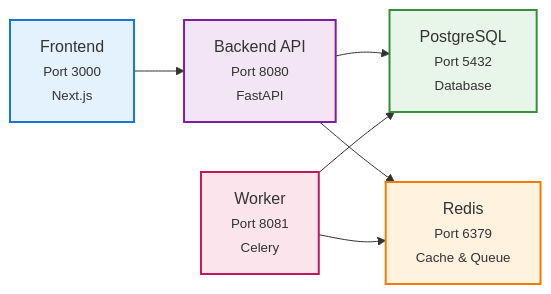
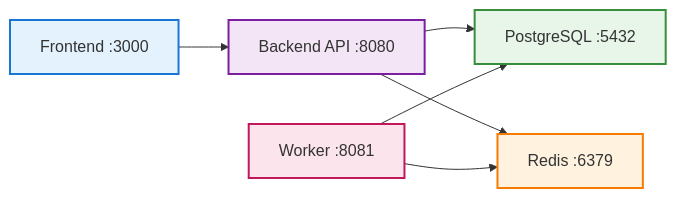
One commit to rhesis-ai/rhesis changed the diagram in docs/content/guides/quick-start-guide.mdx. Above: the diagram before and after it, drawn with Mermaid. The commit also changed other lines of this file and 3 other files, not shown here.

````diff
--- a/docs/content/guides/quick-start-guide.mdx
+++ b/docs/content/guides/quick-start-guide.mdx
@@ -207,20 +195,20 @@
 ```mermaid
 graph LR
-    Frontend["Frontend<br/><small>Port 3000<br/>Next.js</small>"]
-    Backend["Backend API<br/><small>Port 8080<br/>FastAPI</small>"]
-    Worker["Worker<br/><small>Port 8081<br/>Celery</small>"]
-    PostgreSQL["PostgreSQL<br/><small>Port 5432<br/>Database</small>"]
-    Redis["Redis<br/><small>Port 6379<br/>Cache & Queue</small>"]
+    Frontend[Frontend :3000]
+    Backend[Backend API :8080]
+    Worker[Worker :8081]
+    PostgreSQL[PostgreSQL :5432]
+    Redis[Redis :6379]
 
     Frontend --> Backend
     Backend --> PostgreSQL
     Backend --> Redis
     Worker --> Redis
     Worker --> PostgreSQL
 
     style Frontend fill:#e3f2fd,stroke:#1976d2,stroke-width:2px
     style Backend fill:#f3e5f5,stroke:#7b1fa2,stroke-width:2px
     style Worker fill:#fce4ec,stroke:#c2185b,stroke-width:2px
     style PostgreSQL fill:#e8f5e9,stroke:#388e3c,stroke-width:2px
     style Redis fill:#fff3e0,stroke:#f57c00,stroke-width:2px
 ```
````
